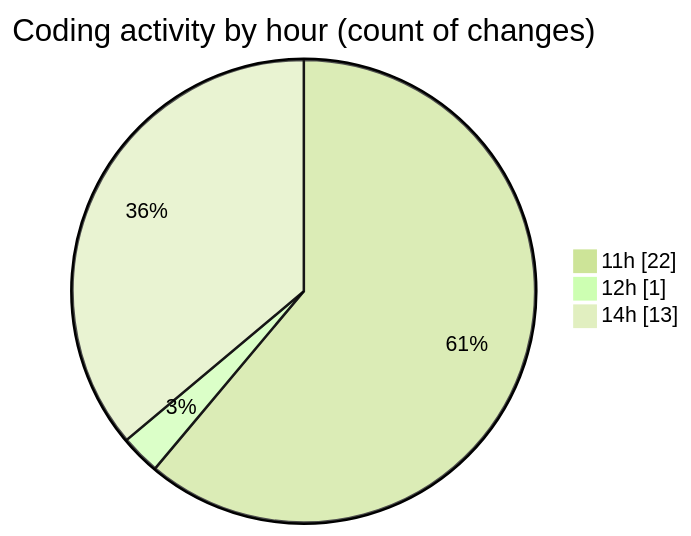
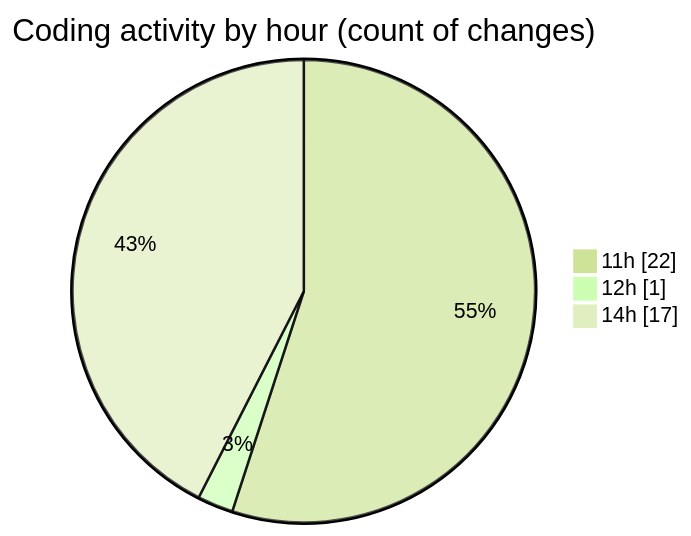
The second of 2 diagrams in 2026-08-05/untitled__workspace_/README.md (debugP/code-tracking), drawn with Mermaid (forest theme) before and after one commit. The commit also changed other lines of this file and 1 other file, not shown here.

````diff
--- a/2026-08-05/untitled__workspace_/README.md
+++ b/2026-08-05/untitled__workspace_/README.md
@@ -29,7 +29,7 @@
 ```mermaid
 pie showData
 title Coding activity by hour (count of changes)
 "11h" : 22
 "12h" : 1
-"14h" : 13
+"14h" : 17
 ```
````
